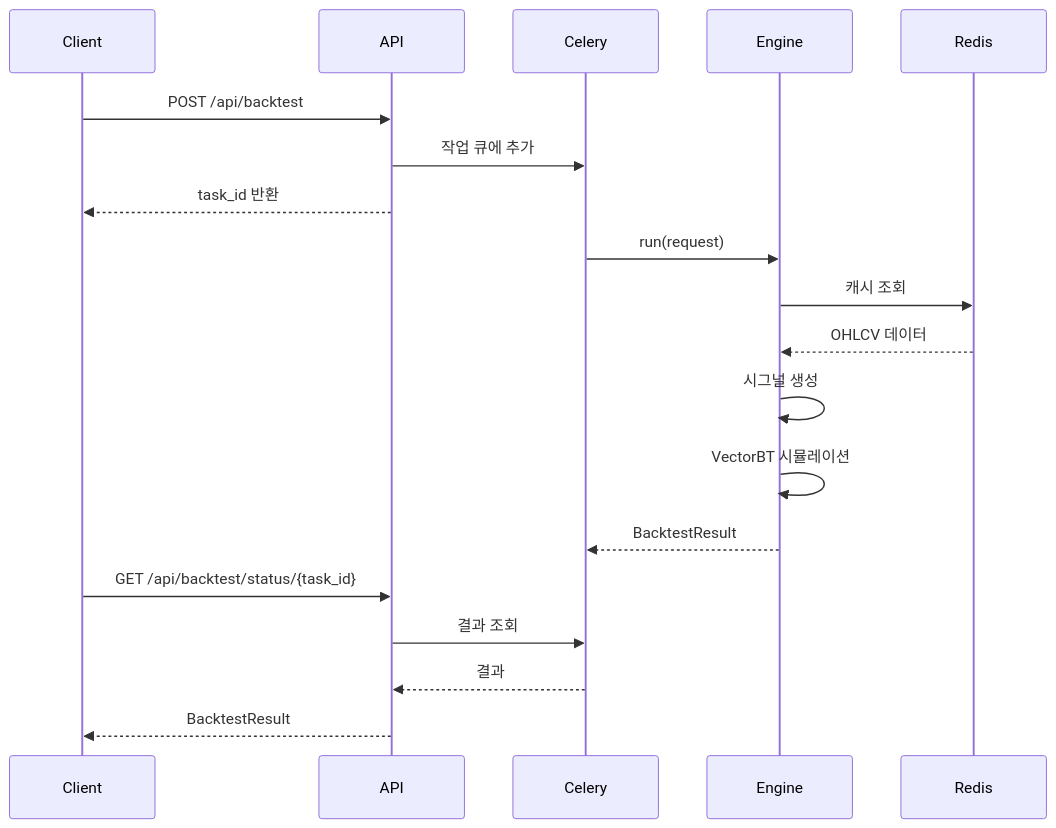
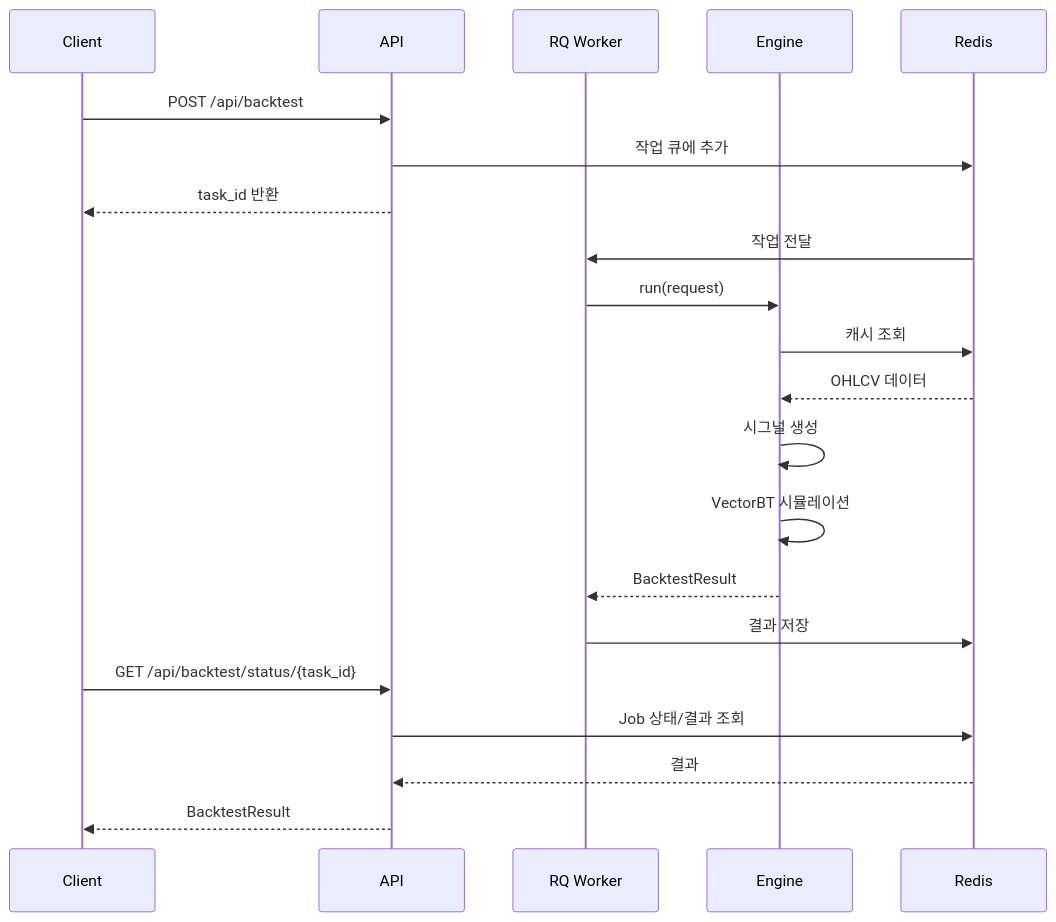
The diagram in docs/backend/BACKEND_SPEC.md (now-eat-krap/OMC), drawn with Mermaid before and after one commit. The commit also changed other lines of this file and 5 other files, not shown here.

````diff
--- a/docs/backend/BACKEND_SPEC.md
+++ b/docs/backend/BACKEND_SPEC.md
@@ -151,24 +154,26 @@
 ```mermaid
 sequenceDiagram
     participant Client
     participant API
-    participant Celery
+    participant Worker as RQ Worker
     participant Engine
     participant Redis
 
     Client->>API: POST /api/backtest
-    API->>Celery: 작업 큐에 추가
+    API->>Redis: 작업 큐에 추가
     API-->>Client: task_id 반환
 
-    Celery->>Engine: run(request)
+    Redis->>Worker: 작업 전달
+    Worker->>Engine: run(request)
     Engine->>Redis: 캐시 조회
     Redis-->>Engine: OHLCV 데이터
     Engine->>Engine: 시그널 생성
     Engine->>Engine: VectorBT 시뮬레이션
-    Engine-->>Celery: BacktestResult
+    Engine-->>Worker: BacktestResult
+    Worker->>Redis: 결과 저장
 
     Client->>API: GET /api/backtest/status/{task_id}
-    API->>Celery: 결과 조회
-    Celery-->>API: 결과
+    API->>Redis: Job 상태/결과 조회
+    Redis-->>API: 결과
     API-->>Client: BacktestResult
 ```
````
